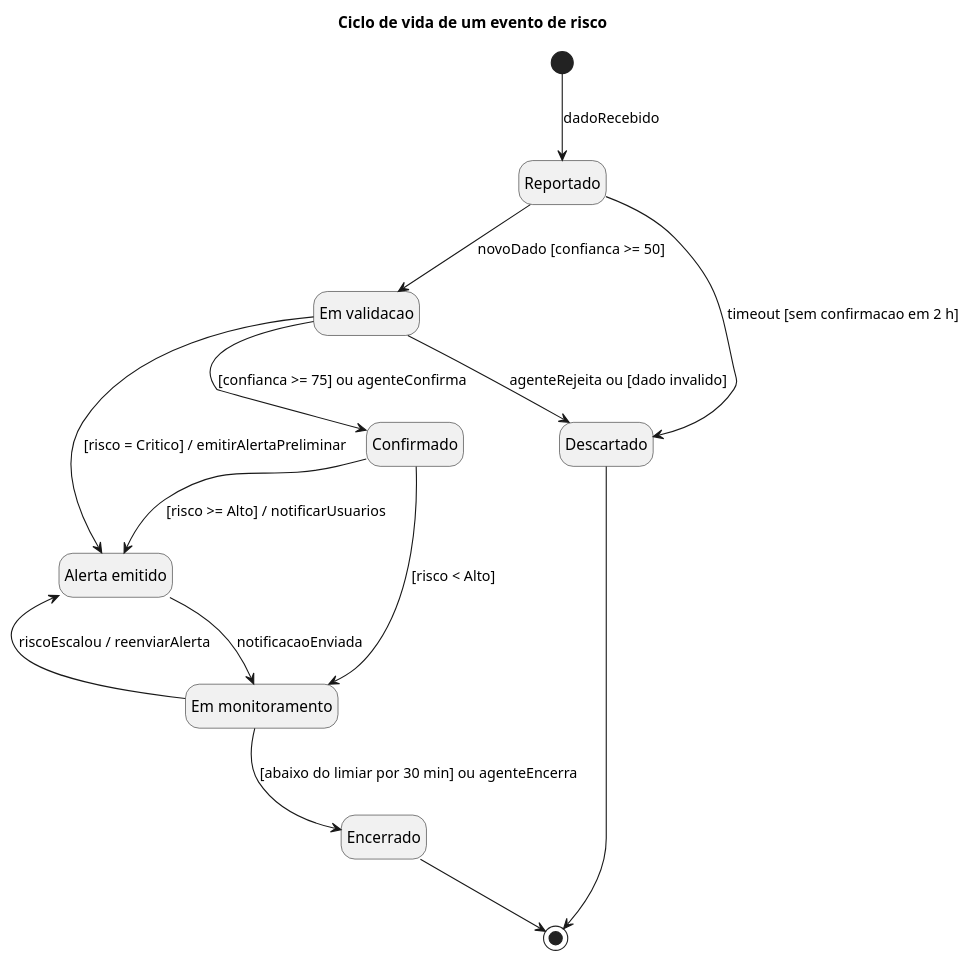
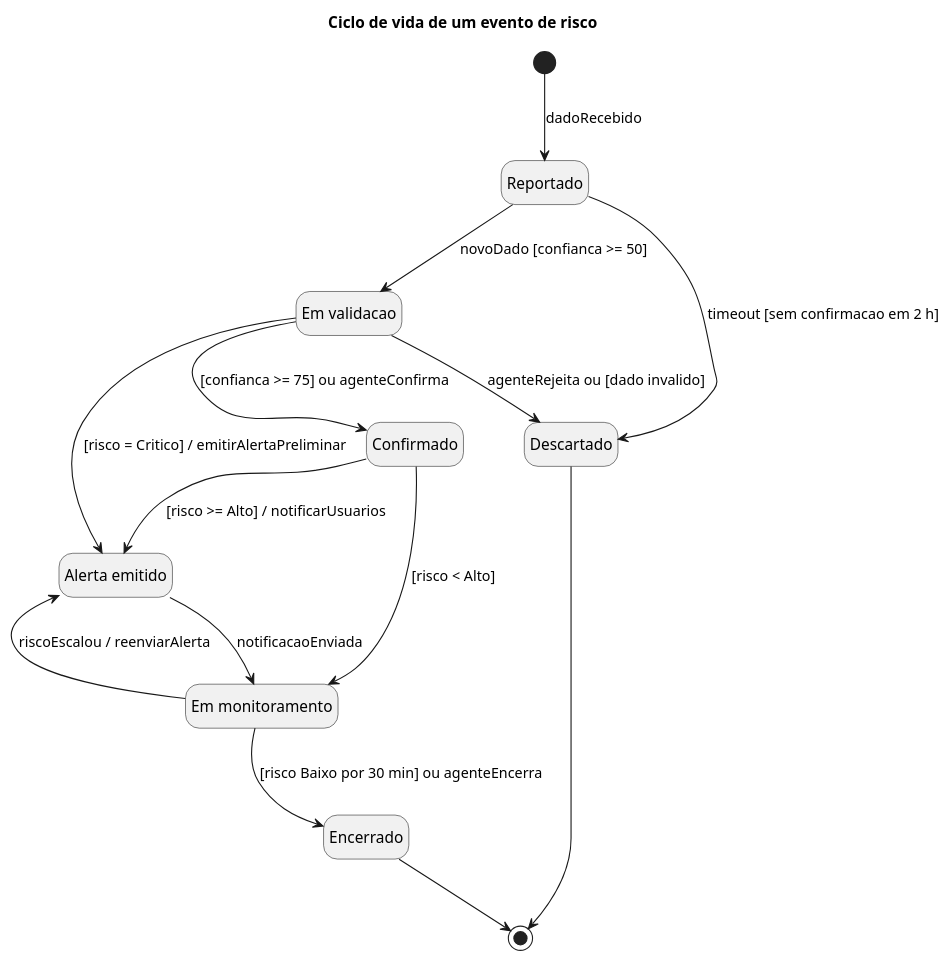
The diagram in docs/diagramas/estados.puml (IsaacEmerick/urban-risk-platform), drawn with PlantUML before and after one commit. The commit also changed 4 other files, not shown here.

```diff
--- a/docs/diagramas/estados.puml
+++ b/docs/diagramas/estados.puml
@@ -1,25 +1,25 @@
 @startuml
 title Ciclo de vida de um evento de risco
 hide empty description
 state Reportado
 state "Em validacao" as EmValidacao
 state Confirmado
 state "Alerta emitido" as AlertaEmitido
 state "Em monitoramento" as EmMonitoramento
 state Encerrado
 state Descartado
 
 [*] --> Reportado : dadoRecebido
 Reportado --> EmValidacao : novoDado [confianca >= 50]
 Reportado --> Descartado : timeout [sem confirmacao em 2 h]
 EmValidacao --> Confirmado : [confianca >= 75] ou agenteConfirma
 EmValidacao --> AlertaEmitido : [risco = Critico] / emitirAlertaPreliminar
 EmValidacao --> Descartado : agenteRejeita ou [dado invalido]
 Confirmado --> AlertaEmitido : [risco >= Alto] / notificarUsuarios
 Confirmado --> EmMonitoramento : [risco < Alto]
 AlertaEmitido --> EmMonitoramento : notificacaoEnviada
 EmMonitoramento --> AlertaEmitido : riscoEscalou / reenviarAlerta
-EmMonitoramento --> Encerrado : [abaixo do limiar por 30 min] ou agenteEncerra
+EmMonitoramento --> Encerrado : [risco Baixo por 30 min] ou agenteEncerra
 Encerrado --> [*]
 Descartado --> [*]
 @enduml
```
